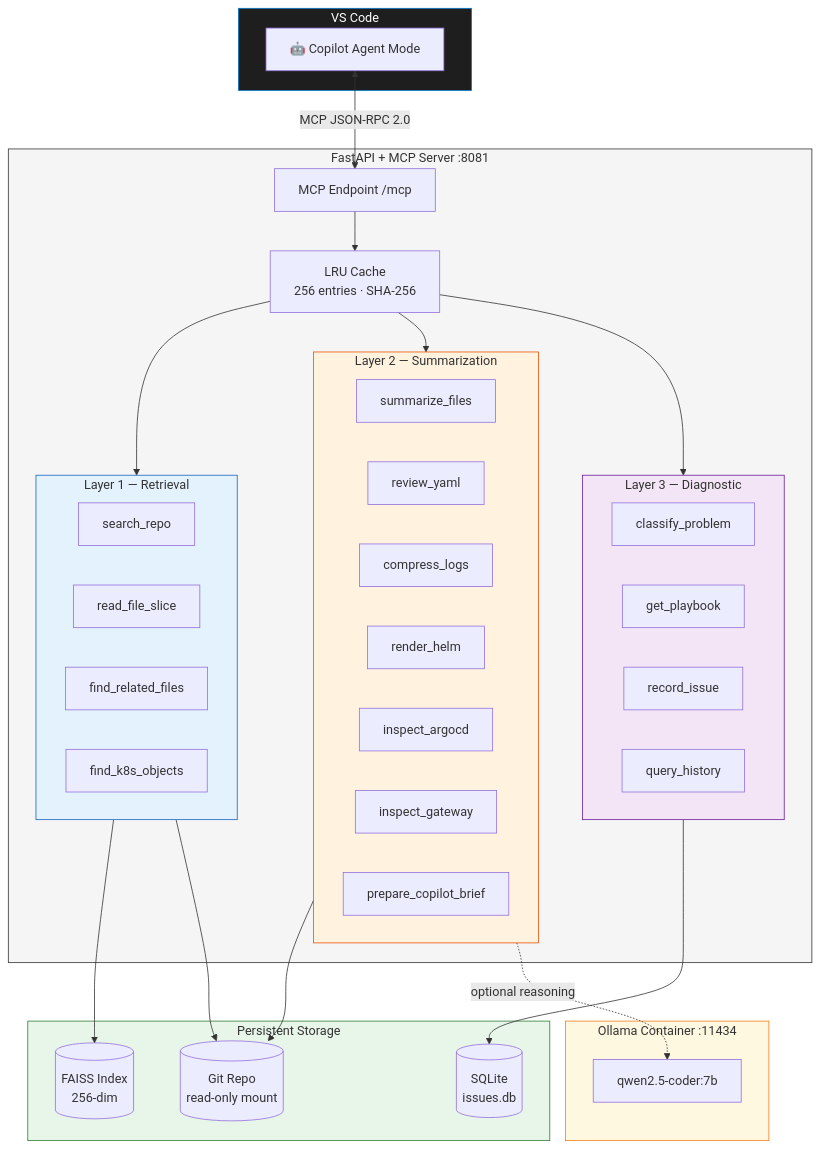
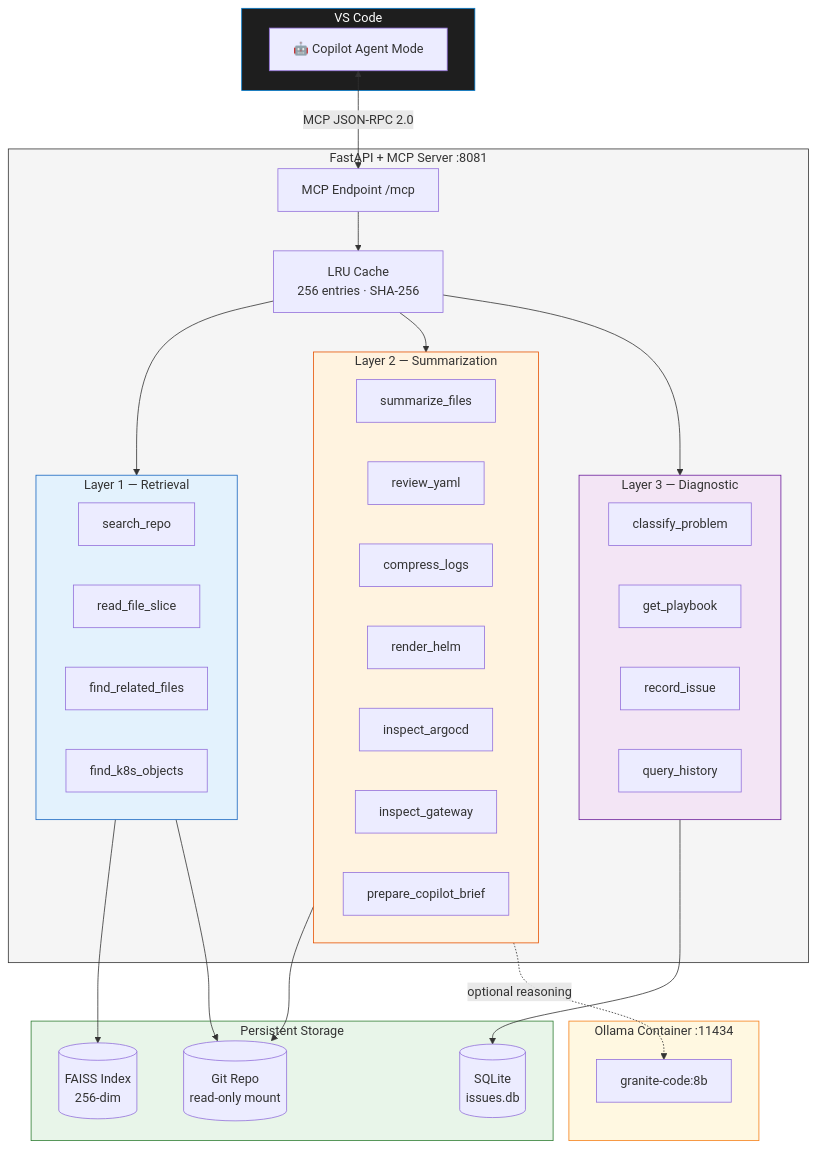
Before and after one commit to emilpeychev/MCP-server: the second of 4 diagrams in README.md, drawn with Mermaid. The commit also changed other lines of this file and 10 other files, not shown here.

Commit message:
Add model guardrails and switch defaults to granite-code:8b

````diff
--- a/README.md
+++ b/README.md
@@ -261,66 +261,66 @@
 ```mermaid
 flowchart TB
     subgraph VSCode["VS Code"]
         Copilot["🤖 Copilot Agent Mode"]
     end
 
     Copilot <-->|"MCP JSON-RPC 2.0"| MCP
 
     subgraph Server["FastAPI + MCP Server :8081"]
         MCP["MCP Endpoint /mcp"]
         Cache["LRU Cache\n256 entries · SHA-256"]
         MCP --> Cache
 
         subgraph L1["Layer 1 — Retrieval"]
             search_repo["search_repo"]
             read_file["read_file_slice"]
             find_rel["find_related_files"]
             find_k8s["find_k8s_objects"]
         end
 
         subgraph L2["Layer 2 — Summarization"]
             summarize["summarize_files"]
             yaml["review_yaml"]
             logs["compress_logs"]
             helm["render_helm"]
             argo["inspect_argocd"]
             gw["inspect_gateway"]
             brief["prepare_copilot_brief"]
         end
 
         subgraph L3["Layer 3 — Diagnostic"]
             classify["classify_problem"]
             playbook["get_playbook"]
             record["record_issue"]
             history["query_history"]
         end
 
         Cache --> L1
         Cache --> L2
         Cache --> L3
     end
 
     subgraph Storage["Persistent Storage"]
         FAISS[("FAISS Index\n256-dim")]
         SQLite[("SQLite\nissues.db")]
         Repo[("Git Repo\nread-only mount")]
     end
 
     subgraph OllamaC["Ollama Container :11434"]
-        Model["qwen2.5-coder:7b"]
+        Model["granite-code:8b"]
     end
 
     L1 --> FAISS
     L1 --> Repo
     L2 --> Repo
     L2 -.->|"optional reasoning"| Model
     L3 --> SQLite
 
     style VSCode fill:#1e1e1e,color:#fff,stroke:#007ACC
     style Server fill:#f5f5f5,stroke:#333
     style L1 fill:#E3F2FD,stroke:#1565C0
     style L2 fill:#FFF3E0,stroke:#E65100
     style L3 fill:#F3E5F5,stroke:#6A1B9A
     style Storage fill:#E8F5E9,stroke:#2E7D32
     style OllamaC fill:#FFF8E1,stroke:#F57F17
 ```
````
